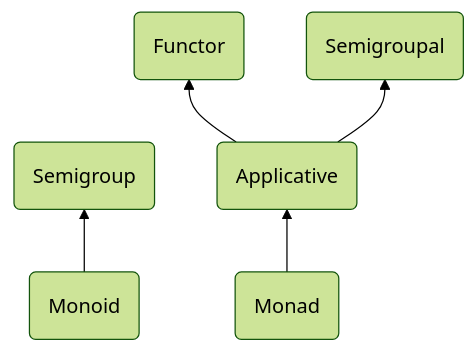
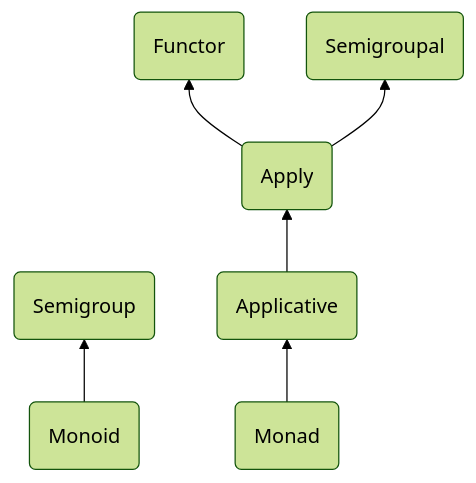
Before and after one commit to DarrenBishop/cats-course: the diagram in m4-type-classes/docs/00-TypeClassHierachy.md, drawn with Mermaid (forest theme). The commit also changed 4 other files, not shown here.

Commit message:
Apply (Weaker Applicative)

````diff
--- a/m4-type-classes/docs/00-TypeClassHierachy.md
+++ b/m4-type-classes/docs/00-TypeClassHierachy.md
@@ -3,8 +3,8 @@
 ```mermaid
 flowchart BT
     MO(Monoid) --> S(Semigroup)
-    A(Applicative)
-    A --> F(Functor)
-    A --> SL(Semigroupal)
+    A(Applicative) --> Ap(Apply)
+    Ap --> F(Functor)
+    Ap --> SL(Semigroupal)
     MA(Monad) --> A
 ```
````
